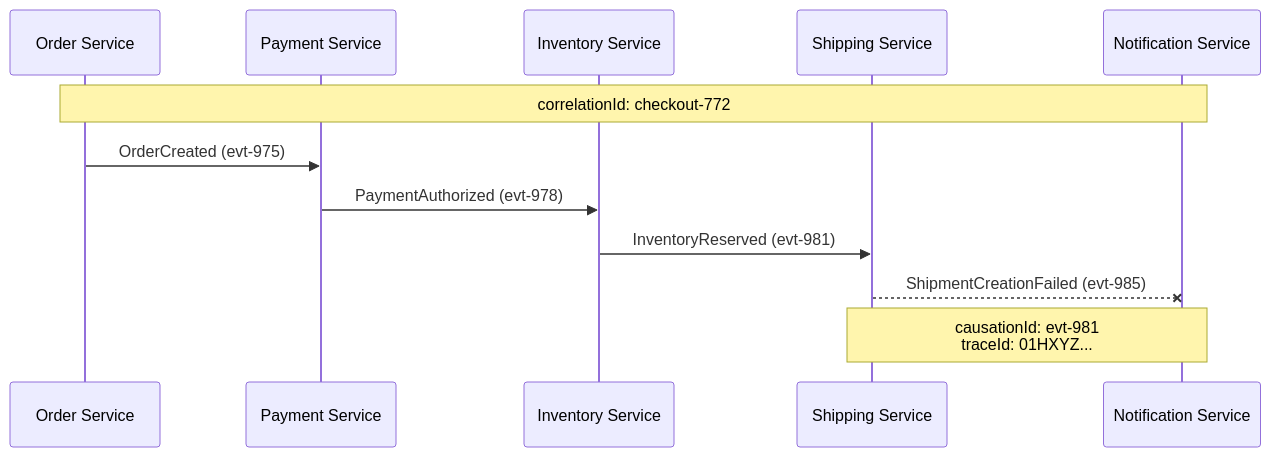
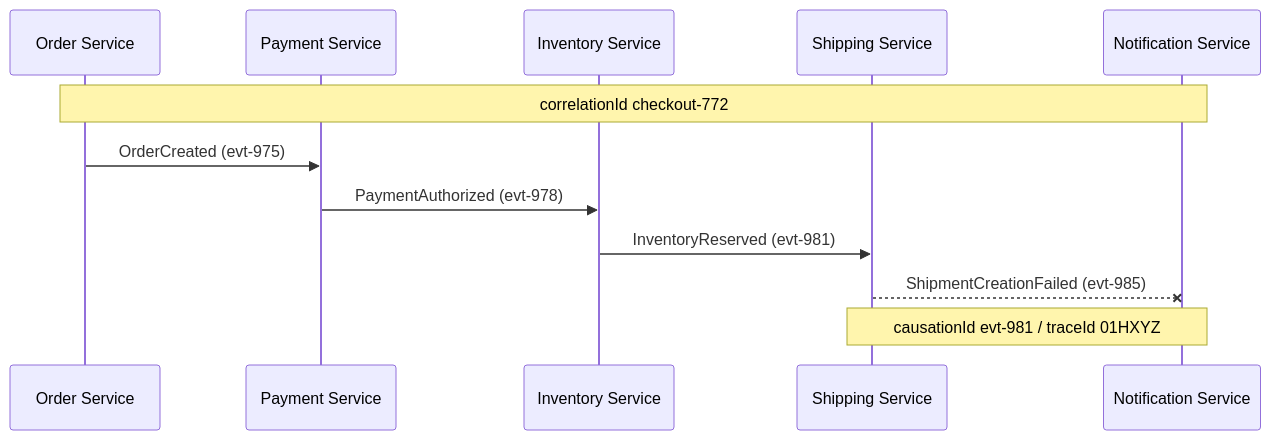
Before and after one commit to yoosuf/yoosuf.github.io: diagram 17 of 20 in _posts/2026-09-14-10-event-driven-architecture-questions.md, drawn with Mermaid. The commit also changed other lines of this file, not shown here.

Commit message:
Rewrite event-driven post: convert text flows to diagrams and bulleted lists

````diff
--- a/_posts/2026-09-14-10-event-driven-architecture-questions.md
+++ b/_posts/2026-09-14-10-event-driven-architecture-questions.md
@@ -324,16 +415,15 @@
 ```mermaid
 sequenceDiagram
     participant O as Order Service
     participant P as Payment Service
     participant I as Inventory Service
     participant S as Shipping Service
     participant N as Notification Service
 
-    Note over O,N: correlationId: checkout-772
-
+    Note over O,N: correlationId checkout-772
     O->>P: OrderCreated (evt-975)
     P->>I: PaymentAuthorized (evt-978)
     I->>S: InventoryReserved (evt-981)
     S--xN: ShipmentCreationFailed (evt-985)
-    Note over S,N: causationId: evt-981<br/>traceId: 01HXYZ...
+    Note over S,N: causationId evt-981 / traceId 01HXYZ
 ```
````
